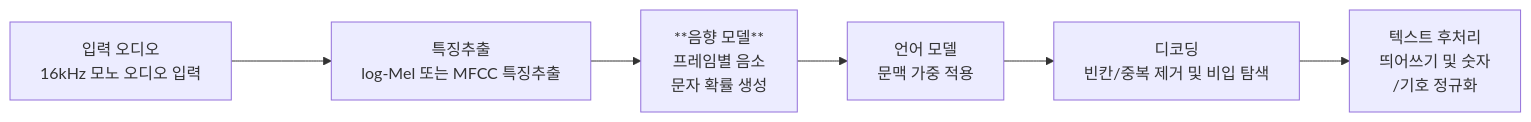
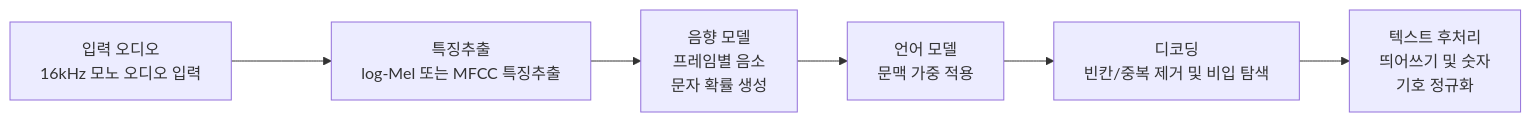
The diagram in 2) 음성 데이터 TTS와 STT 음성 모델 개발/source/code01.md (simpleego/AI_Perso), drawn with Mermaid before and after one commit.

````diff
--- a/2) 음성 데이터 TTS와 STT 음성 모델 개발/source/code01.md
+++ b/2) 음성 데이터 TTS와 STT 음성 모델 개발/source/code01.md
@@ -3,7 +3,7 @@
 ```mermaid
 graph LR
     A["입력 오디오<br/>16kHz 모노 오디오 입력"] --->
-    B["특징추출<br/>log-Mel 또는 MFCC 특징추출"] --> C["**음향 모델** <br/>프레임별 음소<br>문자 확률 생성"]
+    B["특징추출<br/>log-Mel 또는 MFCC 특징추출"] --> C["음향 모델 <br/>프레임별 음소<br>문자 확률 생성"]
      --> D["언어 모델<br/>문맥 가중 적용"]     --> E["디코딩<br/>빈칸/중복 제거 및 비입 탐색"]
-     --> F["텍스트 후처리<br/>띄어쓰기 및 숫자<br>/기호 정규화"]
+     --> F["텍스트 후처리<br/>띄어쓰기 및 숫자<br>기호 정규화"]
 ```
````
